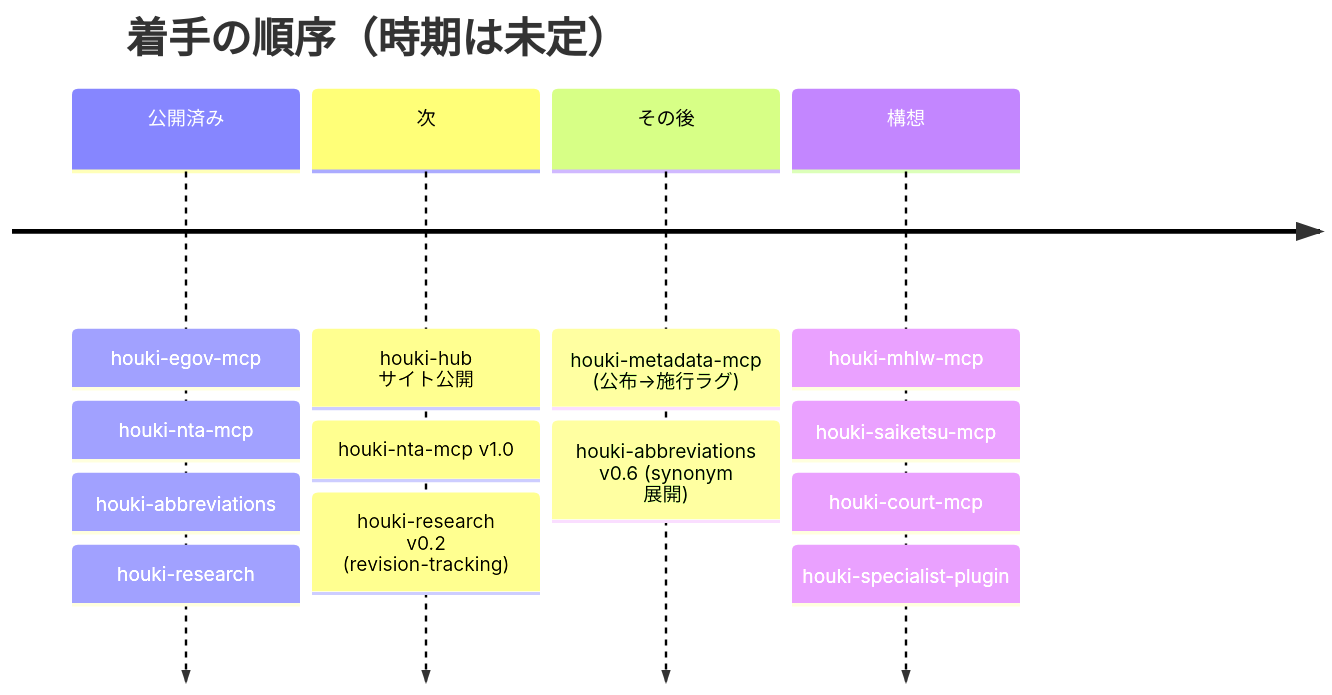
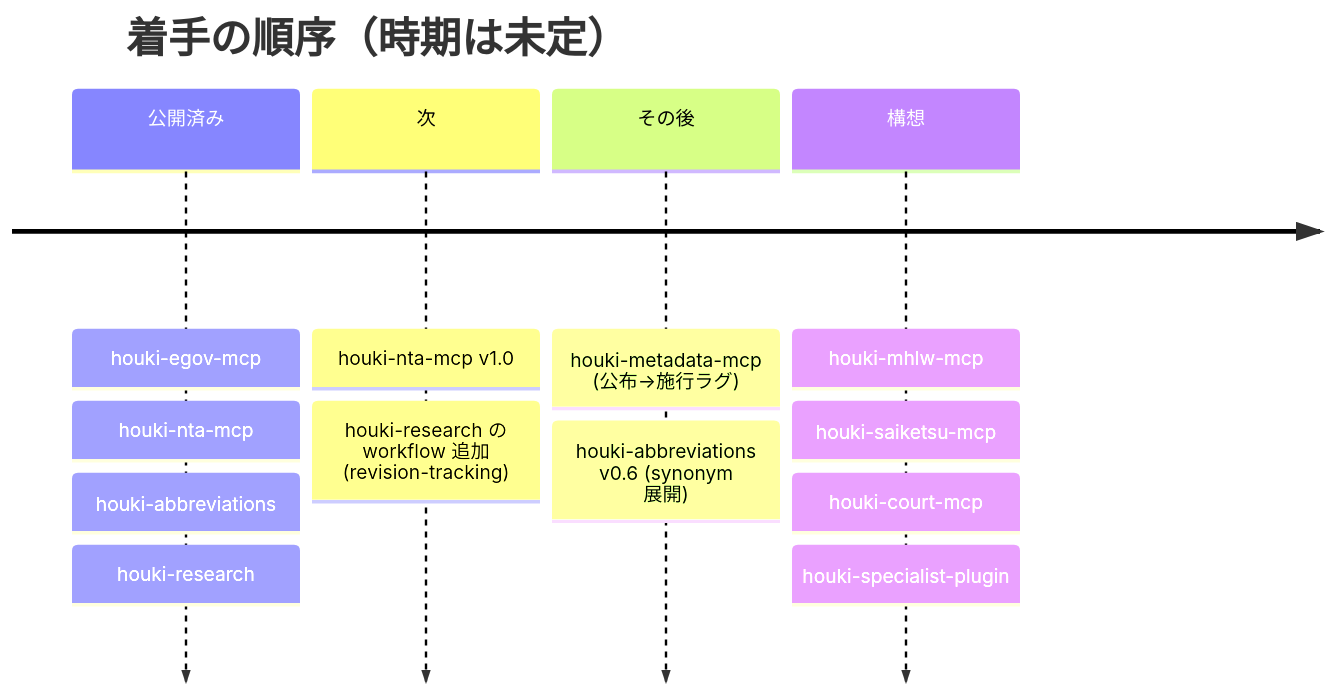
The diagram in site/docs/guide/roadmap.md (shuji-bonji/houki-hub), drawn with Mermaid before and after one commit. The commit also changed other lines of this file and 4 other files, not shown here.

First line of the commit message:
docs: houki-research-skill 0.6.0 に追随する

````diff
--- a/site/docs/guide/roadmap.md
+++ b/site/docs/guide/roadmap.md
@@ -22,8 +22,8 @@
 ```mermaid
 timeline
     title 着手の順序（時期は未定）
     公開済み : houki-egov-mcp : houki-nta-mcp : houki-abbreviations : houki-research
-    次 : houki-hub サイト公開 : houki-nta-mcp v1.0 : houki-research v0.2 (revision-tracking)
+    次 : houki-nta-mcp v1.0 : houki-research の workflow 追加 (revision-tracking)
     その後 : houki-metadata-mcp (公布→施行ラグ) : houki-abbreviations v0.6 (synonym 展開)
     構想 : houki-mhlw-mcp : houki-saiketsu-mcp : houki-court-mcp : houki-specialist-plugin
 ```
````
